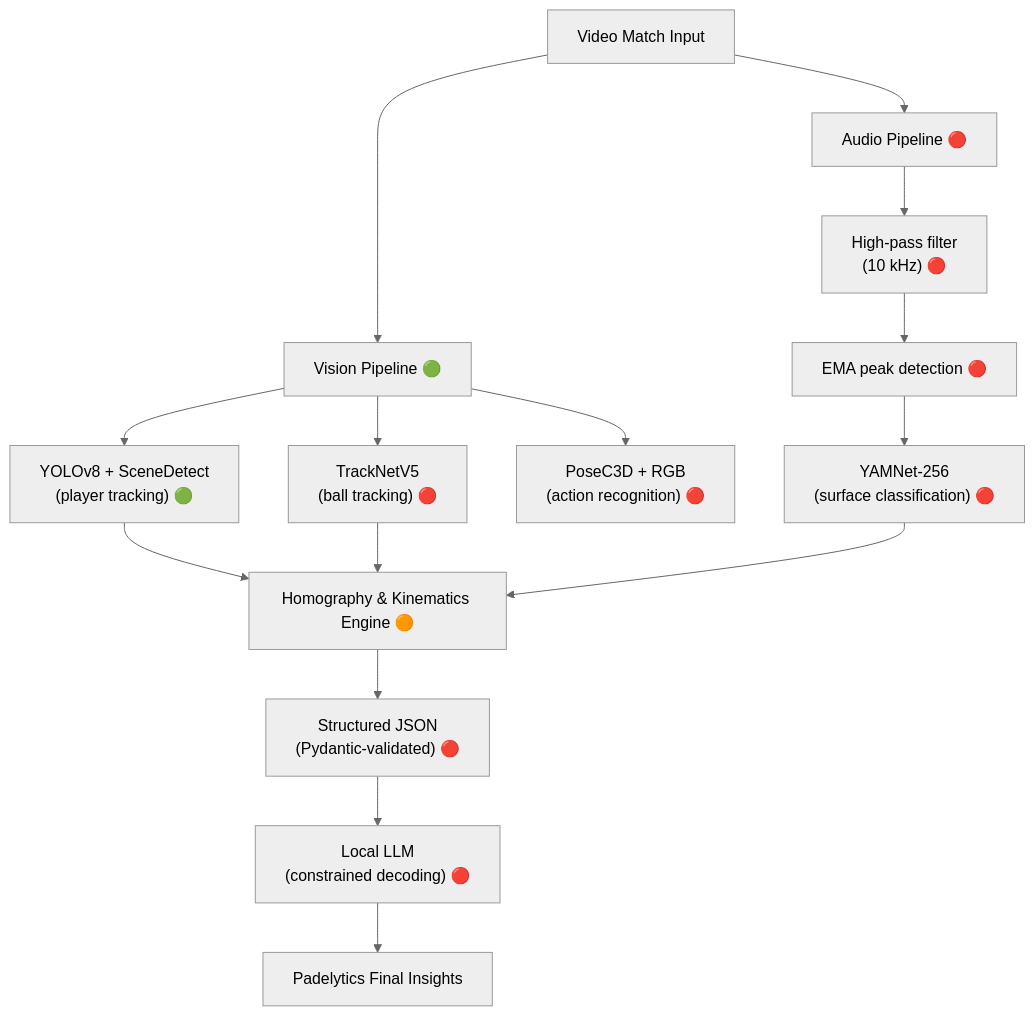
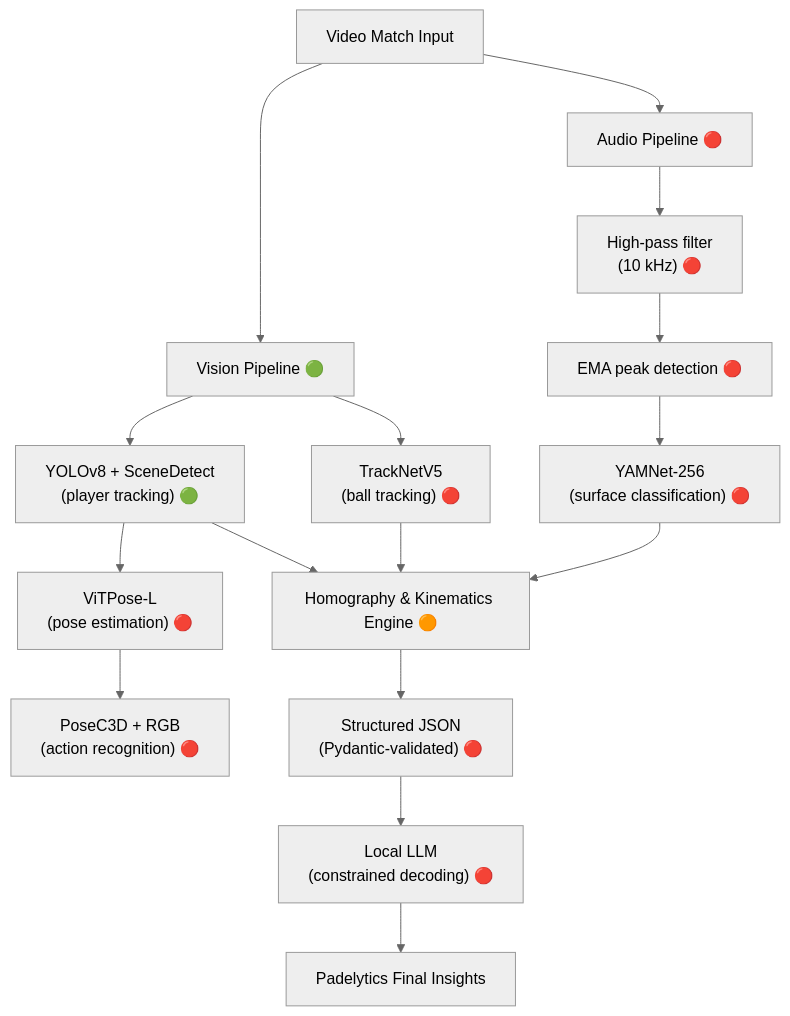
The diagram in README.md (Moloshow/BandejAI), drawn with Mermaid (neutral theme) before and after one commit. The commit also changed other lines of this file and 1 other file, not shown here.

Commit message:
docs: update project README and add examples documentation

````diff
--- a/README.md
+++ b/README.md
@@ -29,23 +29,25 @@
 ```mermaid
 graph TD
     Video[Video Match Input]
 
     Video --> VisionPipeline[Vision Pipeline 🟢]
     Video --> AudioPipeline[Audio Pipeline 🔴]
 
     VisionPipeline --> YOLO["YOLOv8 + SceneDetect<br/>(player tracking) 🟢"]
     VisionPipeline --> TrackNet["TrackNetV5<br/>(ball tracking) 🔴"]
-    VisionPipeline --> PoseC3D["PoseC3D + RGB<br/>(action recognition) 🔴"]
+    
+    YOLO --> ViTPose["ViTPose-L<br/>(pose estimation) 🔴"]
+    ViTPose --> PoseC3D["PoseC3D + RGB<br/>(action recognition) 🔴"]
 
     AudioPipeline --> HighPass["High-pass filter<br/>(10 kHz) 🔴"]
     HighPass --> EMAPeak["EMA peak detection 🔴"]
     EMAPeak --> YAMNet["YAMNet-256<br/>(surface classification) 🔴"]
 
     YOLO --> Kinematics[Homography & Kinematics Engine 🟠]
     TrackNet --> Kinematics
     YAMNet --> Kinematics
 
     Kinematics --> StructJSON["Structured JSON<br/>(Pydantic-validated) 🔴"]
     StructJSON --> LLM["Local LLM<br/>(constrained decoding) 🔴"]
     LLM --> Output[Padelytics Final Insights]
 ```
````
